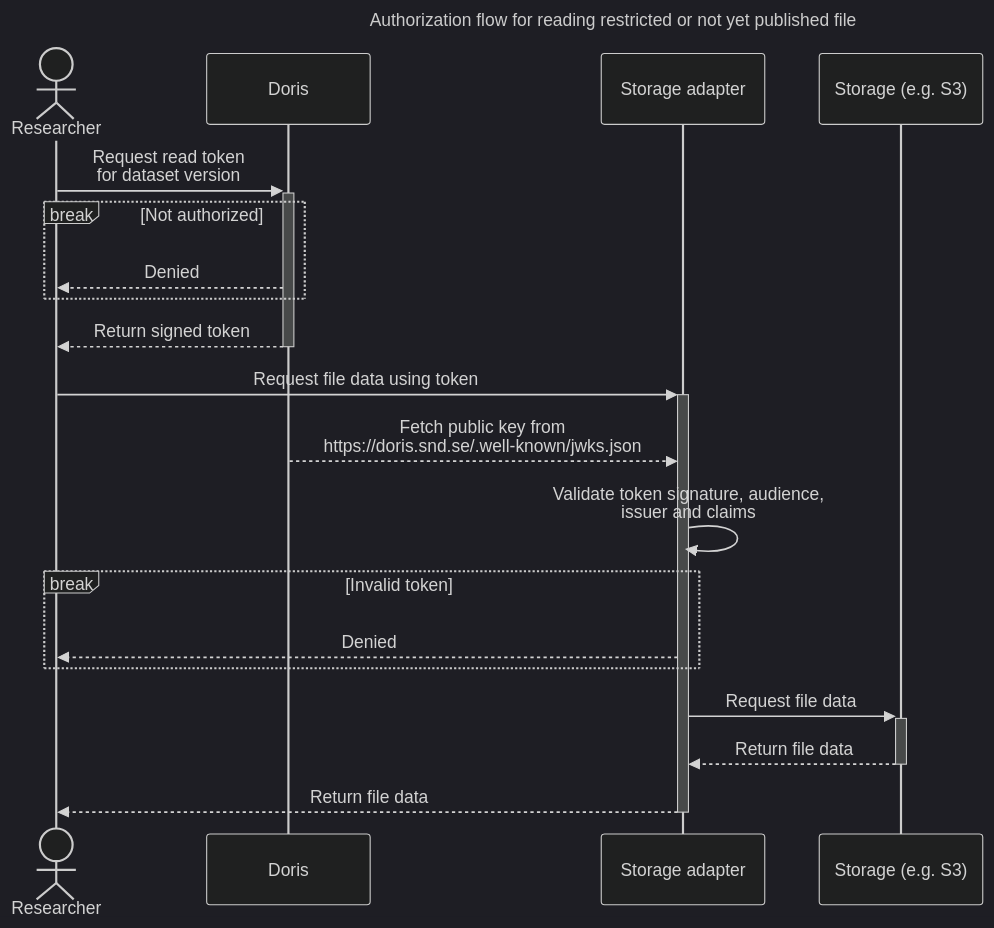
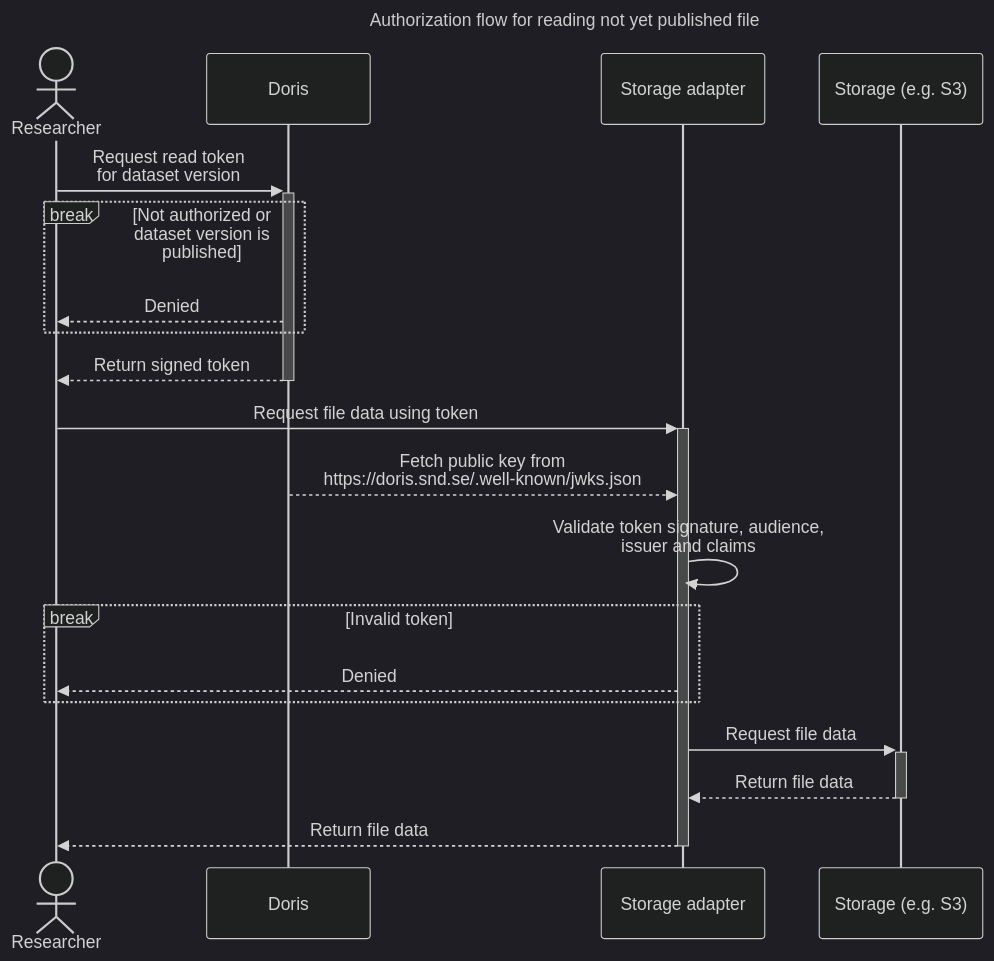
One commit to snd-sweden/doris-storage-adapter changed the fifth of 5 diagrams in README.md. Above: the diagram before and after it, drawn with Mermaid (dark theme). The commit also changed other lines of this file, not shown here.

Commit message:
Update README.md flow diagrams

````diff
--- a/README.md
+++ b/README.md
@@ -90,24 +90,24 @@
 ```mermaid
 ---
-title: Authorization flow for reading restricted or not yet published file
+title: Authorization flow for reading not yet published file
 ---
 sequenceDiagram
     actor R as Researcher
     participant D as Doris
     participant SA as Storage adapter
     participant S as Storage (e.g. S3)
     R->>+D: Request read token<br/>for dataset version
-    break Not authorized
+    break Not authorized or dataset version is published
         D-->>R: Denied
     end
     D-->>-R: Return signed token
     R->>+SA: Request file data using token
     D-->>SA: Fetch public key from<br/>https://doris.snd.se/.well-known/jwks.json
     SA->>SA: Validate token signature, audience,<br/>issuer and claims
     break Invalid token
         SA-->>R: Denied
     end
     SA->>+S: Request file data
     S-->>-SA: Return file data
     SA-->>-R: Return file data
 ```
````
